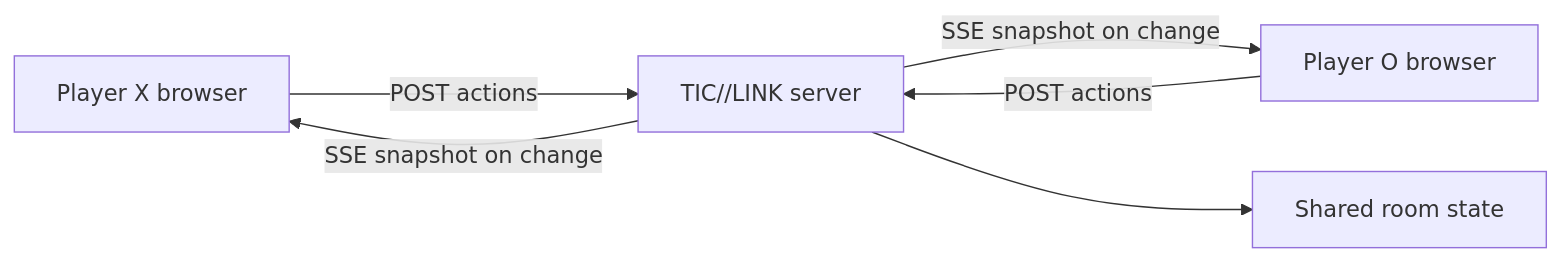
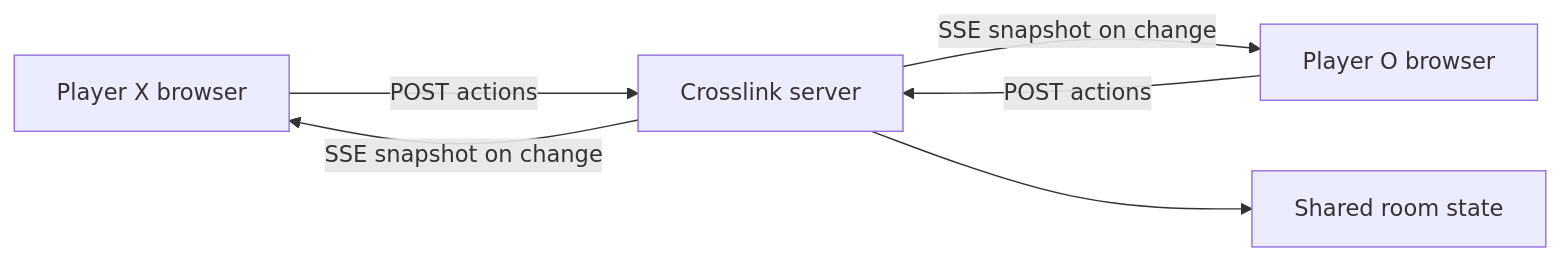
One commit to go-johnnyhe/Crosslink changed the diagram in README.md. Above: the diagram before and after it, drawn with Mermaid. The commit also changed other lines of this file and 6 other files, not shown here.

````diff
--- a/README.md
+++ b/README.md
@@ -29,8 +29,8 @@
 ```mermaid
 flowchart LR
-    A["Player X browser"] -->|"POST actions"| C["TIC//LINK server"]
+    A["Player X browser"] -->|"POST actions"| C["Crosslink server"]
     B["Player O browser"] -->|"POST actions"| C
     C -->|"SSE snapshot on change"| A
     C -->|"SSE snapshot on change"| B
     C --> D["Shared room state"]
 ```
````
